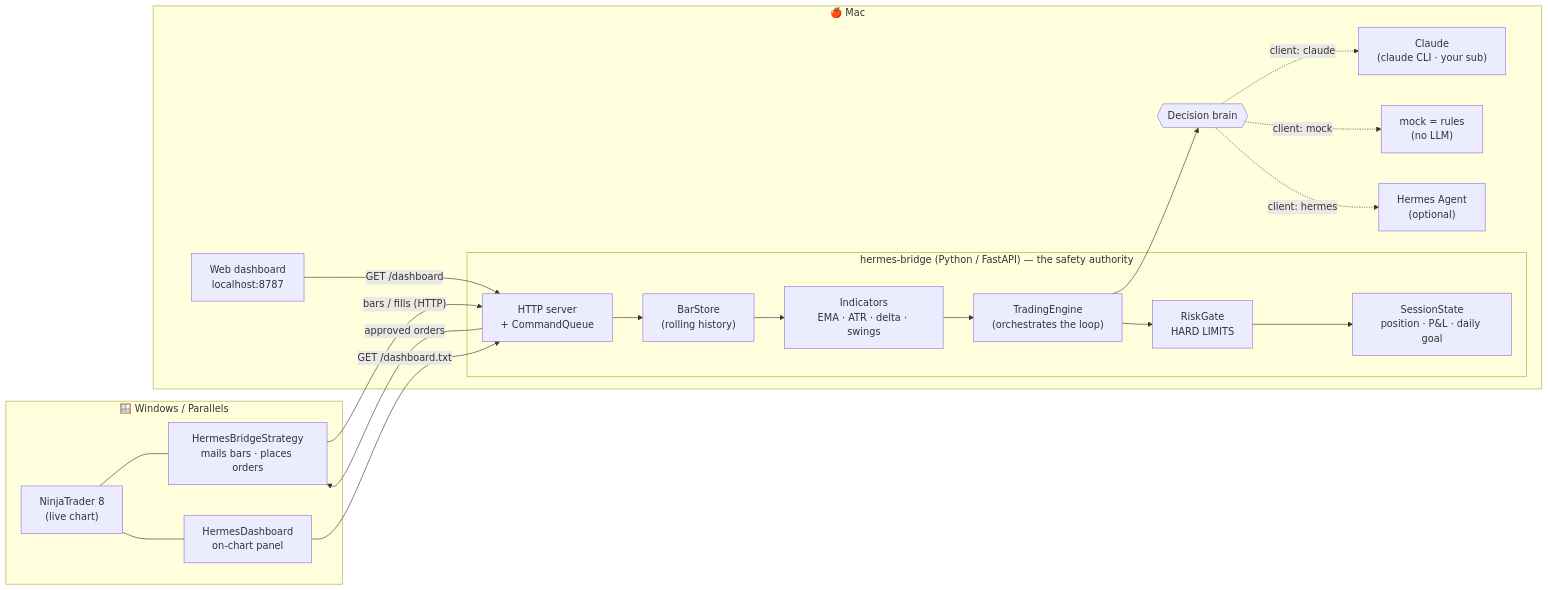
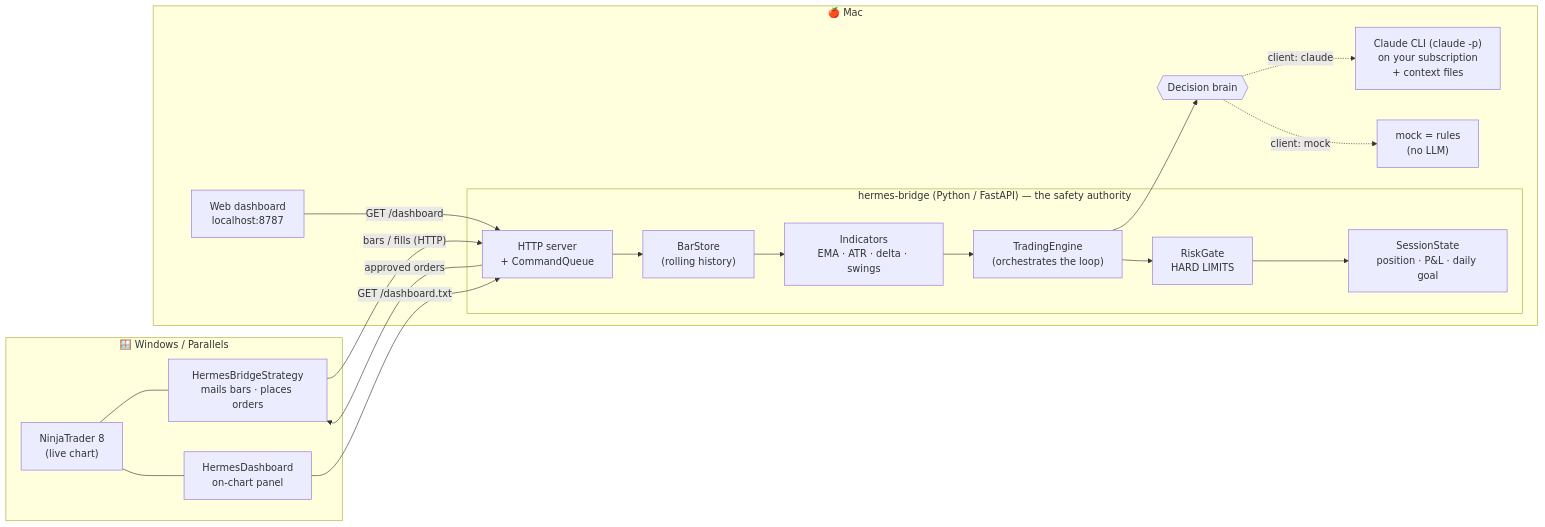
The first of 3 diagrams in docs/WALKTHROUGH.md (rrhodeswebdev/hermes-agent-nt), drawn with Mermaid before and after one commit. The commit also changed other lines of this file and 42 other files, not shown here.

First line of the commit message:
Swap the decision brain from Codex to the Claude CLI; add plan cycle, levels, and safety hardening (#3)

````diff
--- a/docs/WALKTHROUGH.md
+++ b/docs/WALKTHROUGH.md
@@ -42,37 +42,35 @@
 ```mermaid
 flowchart LR
     subgraph WIN["🪟 Windows / Parallels"]
         NT["NinjaTrader 8<br/>(live chart)"]
         STRAT["HermesBridgeStrategy<br/>mails bars · places orders"]
         PANEL["HermesDashboard<br/>on-chart panel"]
         NT --- STRAT
         NT --- PANEL
     end
 
     subgraph MAC["🍎 Mac"]
         subgraph BR["hermes-bridge (Python / FastAPI) — the safety authority"]
             SRV["HTTP server<br/>+ CommandQueue"]
             STORE["BarStore<br/>(rolling history)"]
             IND["Indicators<br/>EMA · ATR · delta · swings"]
             ENG["TradingEngine<br/>(orchestrates the loop)"]
             SESS["SessionState<br/>position · P&amp;L · daily goal"]
             RISK["RiskGate<br/>HARD LIMITS"]
         end
         BRAIN{{"Decision brain"}}
         MOCK["mock = rules<br/>(no LLM)"]
-        CLAUDE["Claude<br/>(claude CLI · your sub)"]
-        HERM["Hermes Agent<br/>(optional)"]
+        CLAUDE["Claude CLI (claude -p)<br/>on your subscription<br/>+ context files"]
         WEB["Web dashboard<br/>localhost:8787"]
     end
 
     STRAT -- "bars / fills (HTTP)" --> SRV
     SRV -- "approved orders" --> STRAT
     SRV --> STORE --> IND --> ENG
     ENG --> BRAIN
     BRAIN -. "client: claude" .-> CLAUDE
     BRAIN -. "client: mock" .-> MOCK
-    BRAIN -. "client: hermes" .-> HERM
     ENG --> RISK --> SESS
     PANEL -- "GET /dashboard.txt" --> SRV
     WEB -- "GET /dashboard" --> SRV
 ```
````
